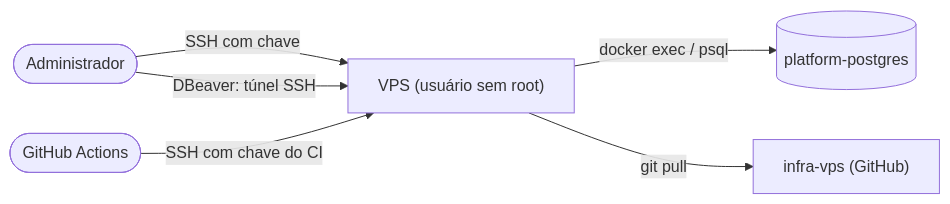
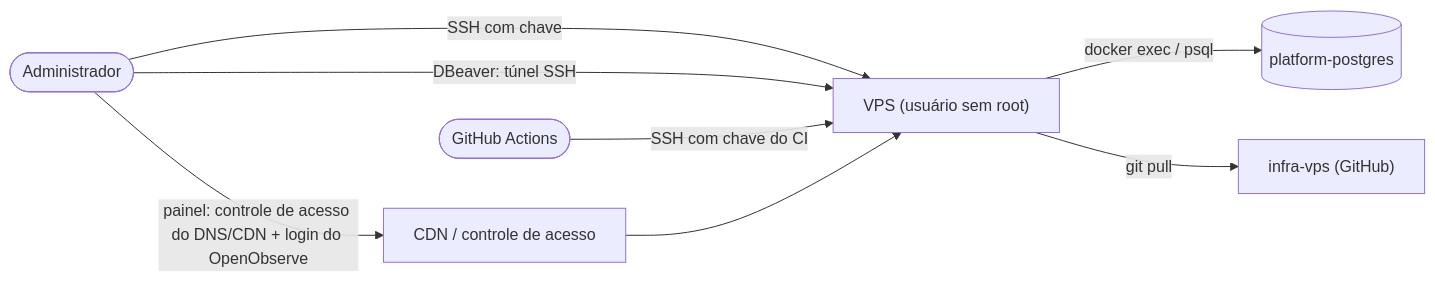
One commit to Trinket-OS-BR/infra-vps changed the fourth of 4 diagrams in docs/diagrama.md. Above: the diagram before and after it, drawn with Mermaid. The commit also changed other lines of this file, not shown here.

Commit message:
Diagram: observability panel behind access control; alerts docs

````diff
--- a/docs/diagrama.md
+++ b/docs/diagrama.md
@@ -77,8 +77,10 @@
 ```mermaid
 flowchart LR
   eu([Administrador]) -->|"SSH com chave"| vps["VPS (usuário sem root)"]
   eu -->|"DBeaver: túnel SSH"| vps
   vps -->|"docker exec / psql"| postgres[("platform-postgres")]
   vps -->|"git pull"| repo["infra-vps (GitHub)"]
   ci(["GitHub Actions"]) -->|"SSH com chave do CI"| vps
+  eu -->|"painel: controle de acesso do DNS/CDN + login do OpenObserve"| cdn["CDN / controle de acesso"]
+  cdn --> vps
 ```
````
